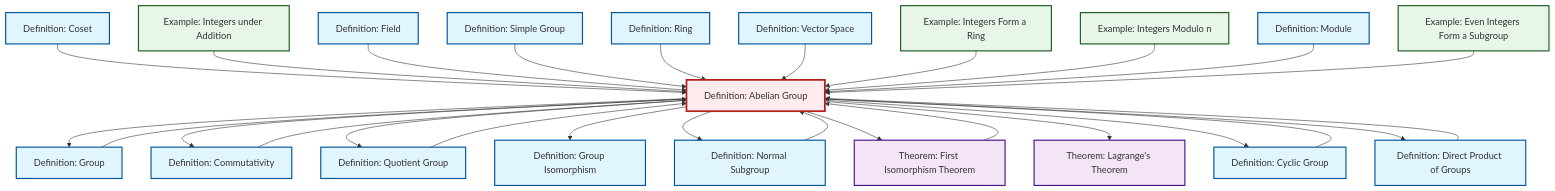
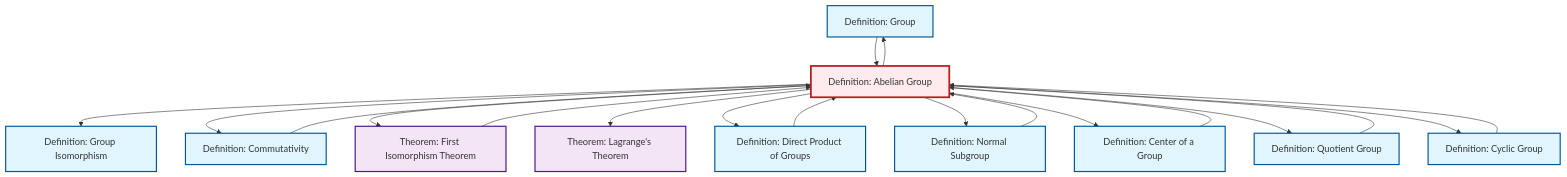
Before and after one commit to RK0429/ModernMath: the diagram in content/en/algebra/def-abelian-group.qmd, drawn with Mermaid. The commit also changed other lines of this file and 634 other files, not shown here.

````diff
--- a/content/en/algebra/def-abelian-group.qmd
+++ b/content/en/algebra/def-abelian-group.qmd
@@ -103,75 +104,49 @@
 ```{mermaid}
 %%| fig-cap: "Local dependency graph"
 graph TD
     classDef definition fill:#e1f5fe,stroke:#01579b,stroke-width:2px
     classDef theorem fill:#f3e5f5,stroke:#4a148c,stroke-width:2px
     classDef axiom fill:#fff3e0,stroke:#e65100,stroke-width:2px
     classDef example fill:#e8f5e9,stroke:#1b5e20,stroke-width:2px
     classDef current fill:#ffebee,stroke:#b71c1c,stroke-width:3px
-    ex-integers-addition["Example: Integers under Addition"]:::example
-    def-isomorphism["Definition: Group Isomorphism"]:::definition
-    def-commutativity["Definition: Commutativity"]:::definition
-    ex-integers-ring["Example: Integers Form a Ring"]:::example
-    def-module["Definition: Module"]:::definition
-    def-vector-space["Definition: Vector Space"]:::definition
-    def-normal-subgroup["Definition: Normal Subgroup"]:::definition
-    def-cyclic-group["Definition: Cyclic Group"]:::definition
-    ex-quotient-integers-mod-n["Example: Integers Modulo n"]:::example
-    def-field["Definition: Field"]:::definition
-    def-simple-group["Definition: Simple Group"]:::definition
-    ex-even-integers-subgroup["Example: Even Integers Form a Subgroup"]:::example
-    def-ring["Definition: Ring"]:::definition
-    def-direct-product["Definition: Direct Product of Groups"]:::definition
+    def-group["Definition: Group"]:::definition
     def-abelian-group["Definition: Abelian Group"]:::definition
     thm-lagrange["Theorem: Lagrange's Theorem"]:::theorem
-    def-group["Definition: Group"]:::definition
+    def-center-of-group["Definition: Center of a Group"]:::definition
+    def-quotient-group["Definition: Quotient Group"]:::definition
+    def-cyclic-group["Definition: Cyclic Group"]:::definition
+    def-normal-subgroup["Definition: Normal Subgroup"]:::definition
+    def-isomorphism["Definition: Group Isomorphism"]:::definition
+    def-direct-product["Definition: Direct Product of Groups"]:::definition
+    def-commutativity["Definition: Commutativity"]:::definition
     thm-first-isomorphism["Theorem: First Isomorphism Theorem"]:::theorem
-    def-quotient-group["Definition: Quotient Group"]:::definition
-    def-coset["Definition: Coset"]:::definition
+    def-abelian-group --> def-isomorphism
+    def-abelian-group --> def-commutativity
+    def-direct-product --> def-abelian-group
+    def-cyclic-group --> def-abelian-group
+    def-commutativity --> def-abelian-group
+    def-group --> def-abelian-group
+    def-abelian-group --> thm-first-isomorphism
+    def-center-of-group --> def-abelian-group
+    def-abelian-group --> thm-lagrange
+    def-abelian-group --> def-direct-product
+    def-abelian-group --> def-normal-subgroup
     def-abelian-group --> def-group
-    def-abelian-group --> def-commutativity
+    def-abelian-group --> def-center-of-group
+    thm-first-isomorphism --> def-abelian-group
     def-abelian-group --> def-quotient-group
-    def-direct-product --> def-abelian-group
-    def-abelian-group --> def-isomorphism
-    def-abelian-group --> def-normal-subgroup
-    def-coset --> def-abelian-group
-    ex-integers-addition --> def-abelian-group
-    def-field --> def-abelian-group
-    def-simple-group --> def-abelian-group
-    def-ring --> def-abelian-group
-    def-cyclic-group --> def-abelian-group
-    def-vector-space --> def-abelian-group
-    def-abelian-group --> thm-first-isomorphism
-    ex-integers-ring --> def-abelian-group
-    ex-quotient-integers-mod-n --> def-abelian-group
-    thm-first-isomorphism --> def-abelian-group
-    def-abelian-group --> thm-lagrange
     def-quotient-group --> def-abelian-group
     def-abelian-group --> def-cyclic-group
-    def-module --> def-abelian-group
     def-normal-subgroup --> def-abelian-group
-    ex-even-integers-subgroup --> def-abelian-group
-    def-commutativity --> def-abelian-group
-    def-group --> def-abelian-group
-    def-abelian-group --> def-direct-product
     class def-abelian-group current
-    click ex-integers-addition "ex-integers-addition.html" "Go to Integers under Addition example"
+    click def-group "def-group.html" "Go to Group definition"
+    click thm-lagrange "thm-lagrange.html" "Go to Lagrange's Theorem theorem"
+    click def-center-of-group "def-center-of-group.html" "Go to Center of a Group definition"
+    click def-quotient-group "def-quotient-group.html" "Go to Quotient Group definition"
+    click def-cyclic-group "def-cyclic-group.html" "Go to Cyclic Group definition"
+    click def-normal-subgroup "def-normal-subgroup.html" "Go to Normal Subgroup definition"
     click def-isomorphism "def-isomorphism.html" "Go to Group Isomorphism definition"
+    click def-direct-product "def-direct-product.html" "Go to Direct Product of Groups definition"
     click def-commutativity "def-commutativity.html" "Go to Commutativity definition"
-    click ex-integers-ring "ex-integers-ring.html" "Go to Integers Form a Ring example"
-    click def-module "def-module.html" "Go to Module definition"
-    click def-vector-space "def-vector-space.html" "Go to Vector Space definition"
-    click def-normal-subgroup "def-normal-subgroup.html" "Go to Normal Subgroup definition"
-    click def-cyclic-group "def-cyclic-group.html" "Go to Cyclic Group definition"
-    click ex-quotient-integers-mod-n "ex-quotient-integers-mod-n.html" "Go to Integers Modulo n example"
-    click def-field "def-field.html" "Go to Field definition"
-    click def-simple-group "def-simple-group.html" "Go to Simple Group definition"
-    click ex-even-integers-subgroup "ex-even-integers-subgroup.html" "Go to Even Integers Form a Subgroup example"
-    click def-ring "def-ring.html" "Go to Ring definition"
-    click def-direct-product "def-direct-product.html" "Go to Direct Product of Groups definition"
-    click thm-lagrange "thm-lagrange.html" "Go to Lagrange's Theorem theorem"
-    click def-group "def-group.html" "Go to Group definition"
     click thm-first-isomorphism "thm-first-isomorphism.html" "Go to First Isomorphism Theorem theorem"
-    click def-quotient-group "def-quotient-group.html" "Go to Quotient Group definition"
-    click def-coset "def-coset.html" "Go to Coset definition"
 ```
````
